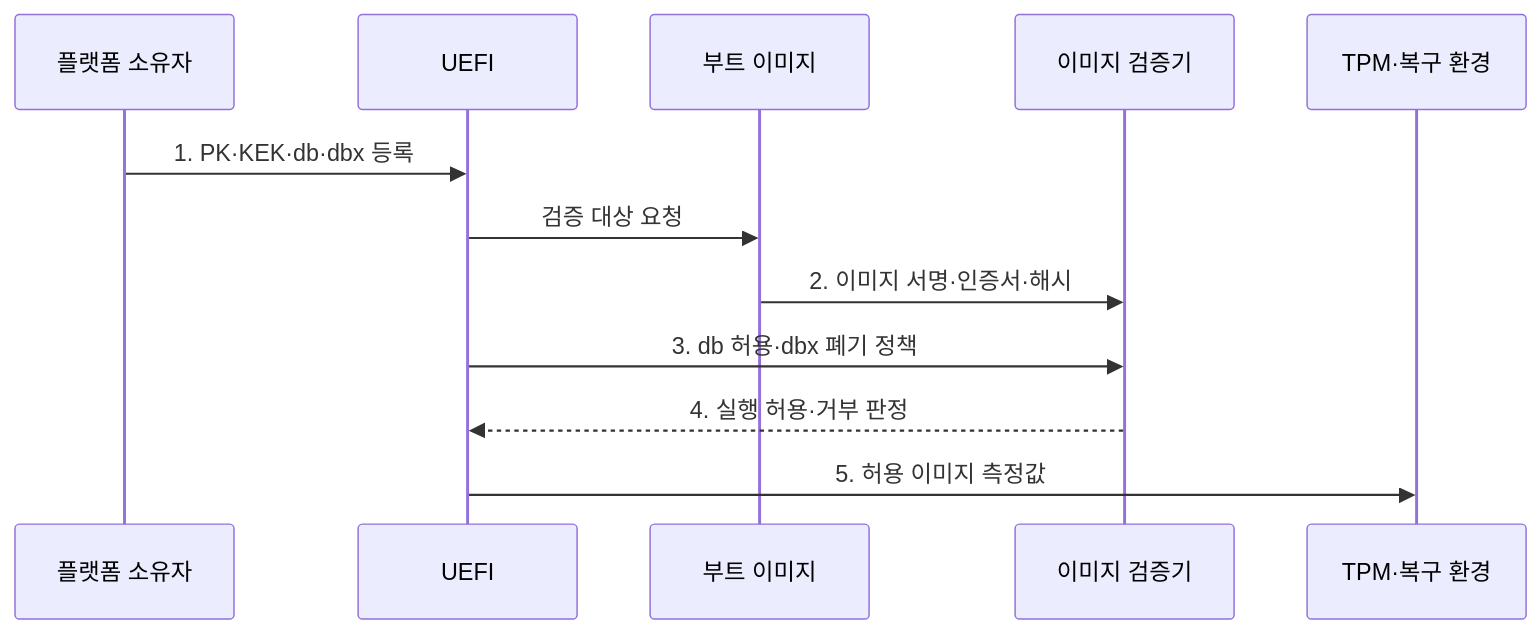
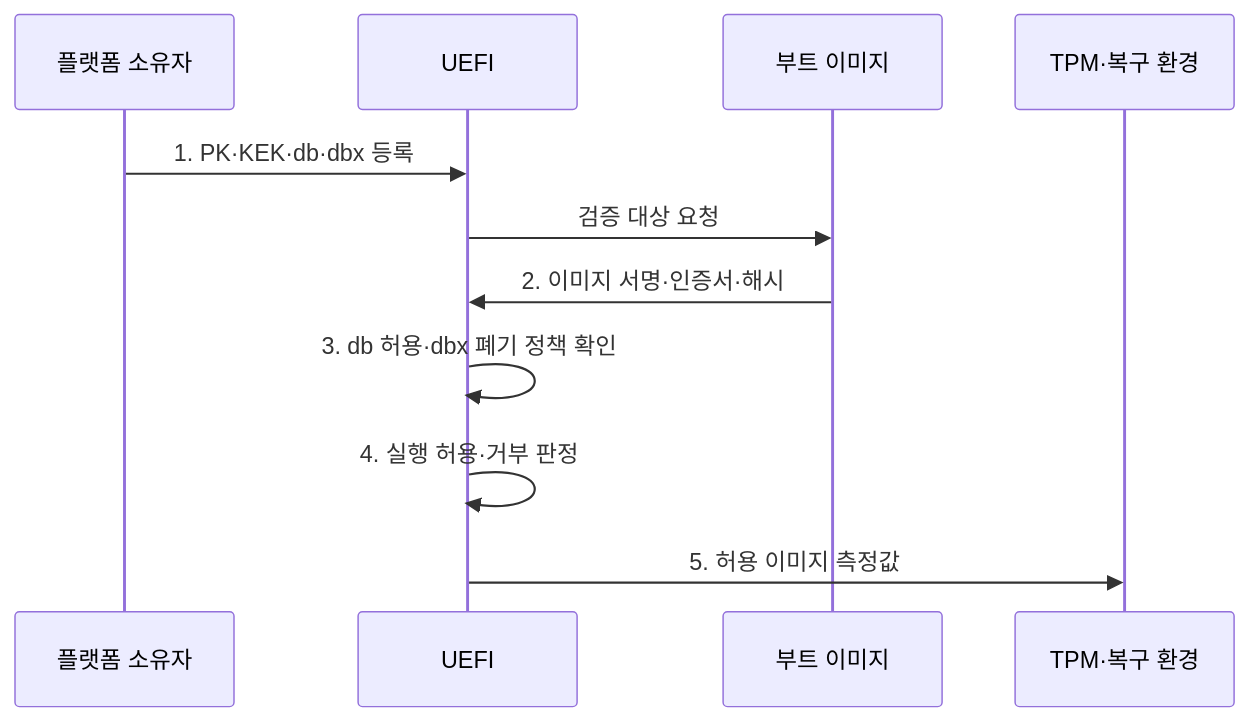
The second of 2 diagrams in src/content/docs/notes/05-security/127_secure_boot.md (agnusdei1207/knowledge-base), drawn with Mermaid before and after one commit. The commit also changed other lines of this file and 4 other files, not shown here.

Commit message:
Focus vulnerability and device sequences

````diff
--- a/src/content/docs/notes/05-security/127_secure_boot.md
+++ b/src/content/docs/notes/05-security/127_secure_boot.md
@@ -98,14 +98,13 @@
 ```mermaid
 sequenceDiagram
   participant O as 플랫폼 소유자
   participant U as UEFI
   participant I as 부트 이미지
-  participant V as 이미지 검증기
   participant T as TPM·복구 환경
   O->>U: 1. PK·KEK·db·dbx 등록
   U->>I: 검증 대상 요청
-  I->>V: 2. 이미지 서명·인증서·해시
-  U->>V: 3. db 허용·dbx 폐기 정책
-  V-->>U: 4. 실행 허용·거부 판정
+  I->>U: 2. 이미지 서명·인증서·해시
+  U->>U: 3. db 허용·dbx 폐기 정책 확인
+  U->>U: 4. 실행 허용·거부 판정
   U->>T: 5. 허용 이미지 측정값
 ```
````
